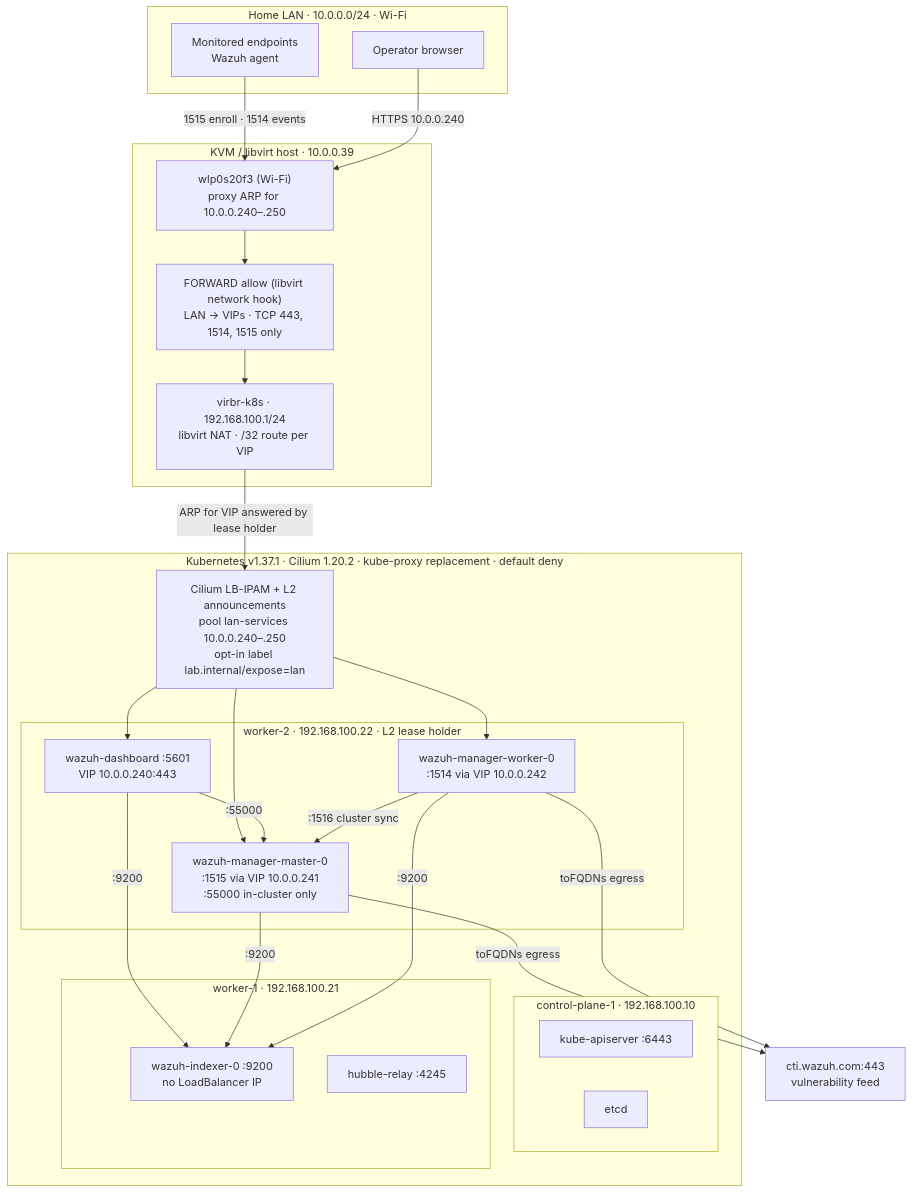
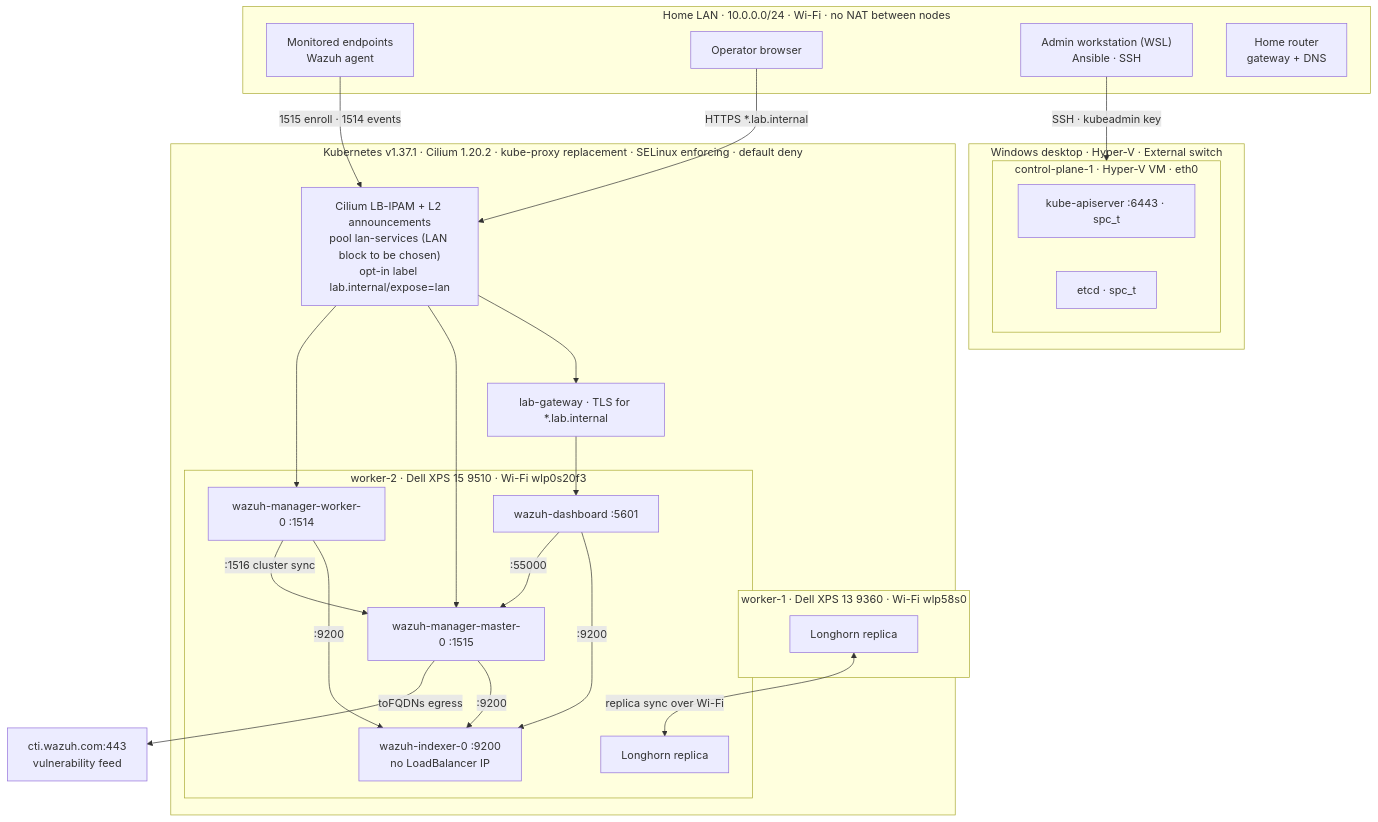
Before and after one commit to CloudSec-Jay/k8s-secops-platform: the diagram in docs/architecture.md, drawn with Mermaid. The commit also changed other lines of this file and 128 other files, not shown here.

````diff
--- a/docs/architecture.md
+++ b/docs/architecture.md
@@ -5,50 +5,49 @@
 ```mermaid
 flowchart TD
-    subgraph LAN ["Home LAN · 10.0.0.0/24 · Wi-Fi"]
+    subgraph LAN ["Home LAN · 10.0.0.0/24 · Wi-Fi · no NAT between nodes"]
         EP["Monitored endpoints<br/>Wazuh agent"]
         OP["Operator browser"]
+        WS["Admin workstation (WSL)<br/>Ansible · SSH"]
+        RT["Home router<br/>gateway + DNS"]
     end
 
-    subgraph HOST ["KVM / libvirt host · 10.0.0.39"]
-        NIC["wlp0s20f3 (Wi-Fi)<br/>proxy ARP for 10.0.0.240–.250"]
-        FWD["FORWARD allow (libvirt network hook)<br/>LAN → VIPs · TCP 443, 1514, 1515 only"]
-        BR["virbr-k8s · 192.168.100.1/24<br/>libvirt NAT · /32 route per VIP"]
+    subgraph WIN ["Windows desktop · Hyper-V · External switch"]
+        subgraph CP ["control-plane-1 · Hyper-V VM · eth0"]
+            API["kube-apiserver :6443 · spc_t"]
+            ETCD["etcd · spc_t"]
+        end
     end
 
-    subgraph K8S ["Kubernetes v1.37.1 · Cilium 1.20.2 · kube-proxy replacement · default deny"]
-        L2["Cilium LB-IPAM + L2 announcements<br/>pool lan-services 10.0.0.240–.250<br/>opt-in label lab.internal/expose=lan"]
+    subgraph K8S ["Kubernetes v1.37.1 · Cilium 1.20.2 · kube-proxy replacement · SELinux enforcing · default deny"]
+        L2["Cilium LB-IPAM + L2 announcements<br/>pool lan-services (LAN block to be chosen)<br/>opt-in label lab.internal/expose=lan"]
+        GW["lab-gateway · TLS for *.lab.internal"]
 
-        subgraph CP ["control-plane-1 · 192.168.100.10"]
-            API["kube-apiserver :6443"]
-            ETCD["etcd"]
+        subgraph W1 ["worker-1 · Dell XPS 13 9360 · Wi-Fi wlp58s0"]
+            LH1["Longhorn replica"]
         end
 
-        subgraph W1 ["worker-1 · 192.168.100.21"]
+        subgraph W2 ["worker-2 · Dell XPS 15 9510 · Wi-Fi wlp0s20f3"]
             IDX["wazuh-indexer-0 :9200<br/>no LoadBalancer IP"]
-            RELAY["hubble-relay :4245"]
-        end
-
-        subgraph W2 ["worker-2 · 192.168.100.22 · L2 lease holder"]
-            DASH["wazuh-dashboard :5601<br/>VIP 10.0.0.240:443"]
-            MM["wazuh-manager-master-0<br/>:1515 via VIP 10.0.0.241<br/>:55000 in-cluster only"]
-            MW["wazuh-manager-worker-0<br/>:1514 via VIP 10.0.0.242"]
+            DASH["wazuh-dashboard :5601"]
+            MM["wazuh-manager-master-0 :1515"]
+            MW["wazuh-manager-worker-0 :1514"]
+            LH2["Longhorn replica"]
         end
     end
 
     CTI["cti.wazuh.com:443<br/>vulnerability feed"]
 
-    EP -->|"1515 enroll · 1514 events"| NIC
-    OP -->|"HTTPS 10.0.0.240"| NIC
-    NIC --> FWD --> BR
-    BR -->|"ARP for VIP answered by lease holder"| L2
-    L2 --> DASH
+    EP -->|"1515 enroll · 1514 events"| L2
+    OP -->|"HTTPS *.lab.internal"| L2
+    WS -->|"SSH · kubeadmin key"| CP
+    L2 --> GW --> DASH
     L2 --> MM
     L2 --> MW
     DASH -->|":9200"| IDX
     DASH -->|":55000"| MM
     MM -->|":9200"| IDX
     MW -->|":9200"| IDX
     MW -->|":1516 cluster sync"| MM
     MM -->|"toFQDNs egress"| CTI
-    MW -->|"toFQDNs egress"| CTI
+    LH1 <-->|"replica sync over Wi-Fi"| LH2
 ```
````
